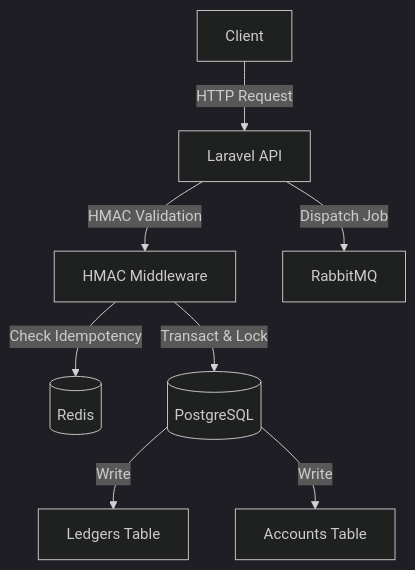
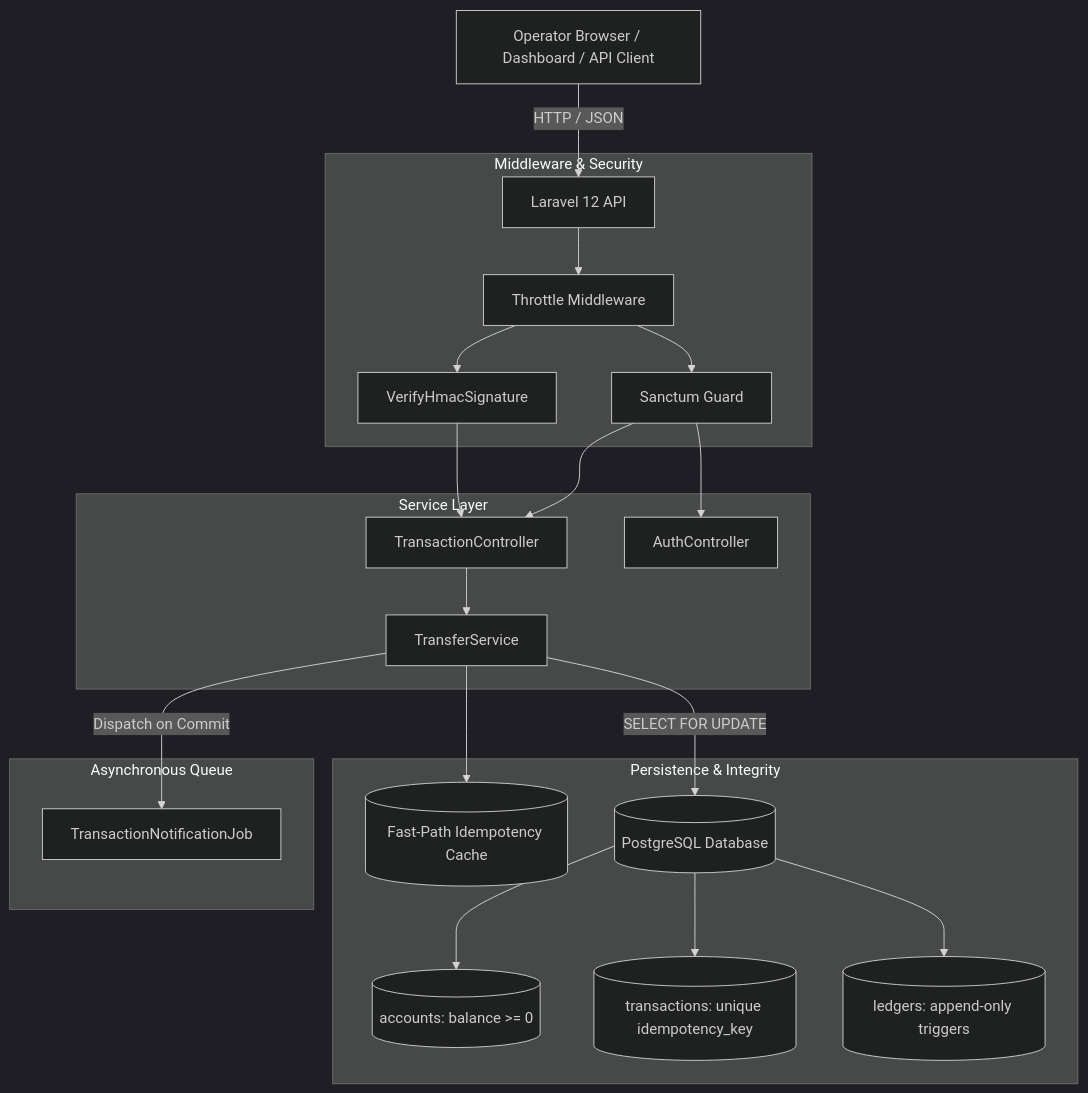
One commit to ix-chel/SentinelPay changed the diagram in docs/architecture_docs.md. Above: the diagram before and after it, drawn with Mermaid (dark theme). The commit also changed other lines of this file and 3 other files, not shown here.

Commit message:
docs: add comprehensive project documentation and update architecture, API, and deployment guides

````diff
--- a/docs/architecture_docs.md
+++ b/docs/architecture_docs.md
@@ -15,10 +18,29 @@
 ```mermaid
 graph TD
-    Client[Client] -->|HTTP Request| API[Laravel API]
-    API -->|HMAC Validation| Middleware[HMAC Middleware]
-    Middleware -->|Check Idempotency| Redis[(Redis)]
-    Middleware -->|Transact & Lock| DB[(PostgreSQL)]
-    DB --> |Write| Ledgers[Ledgers Table]
-    DB --> |Write| Accounts[Accounts Table]
-    API -->|Dispatch Job| RabbitMQ[RabbitMQ]
+    Client[Operator Browser / Dashboard / API Client] -->|HTTP / JSON| WebServer[Laravel 12 API]
+
+    subgraph Middleware & Security
+        WebServer --> RateLimiter[Throttle Middleware]
+        RateLimiter --> HmacCheck[VerifyHmacSignature]
+        RateLimiter --> SanctumAuth[Sanctum Guard]
+    end
+
+    subgraph Service Layer
+        HmacCheck --> TxController[TransactionController]
+        SanctumAuth --> TxController
+        SanctumAuth --> AuthController[AuthController]
+        TxController --> TransferService[TransferService]
+    end
+
+    subgraph Persistence & Integrity
+        TransferService --> Cache[(Fast-Path Idempotency Cache)]
+        TransferService -->|SELECT FOR UPDATE| PG[(PostgreSQL Database)]
+        PG --> Accounts[(accounts: balance >= 0)]
+        PG --> Transactions[(transactions: unique idempotency_key)]
+        PG --> Ledgers[(ledgers: append-only triggers)]
+    end
+
+    subgraph Asynchronous Queue
+        TransferService -->|Dispatch on Commit| Queue[TransactionNotificationJob]
+    end
 ```
````
